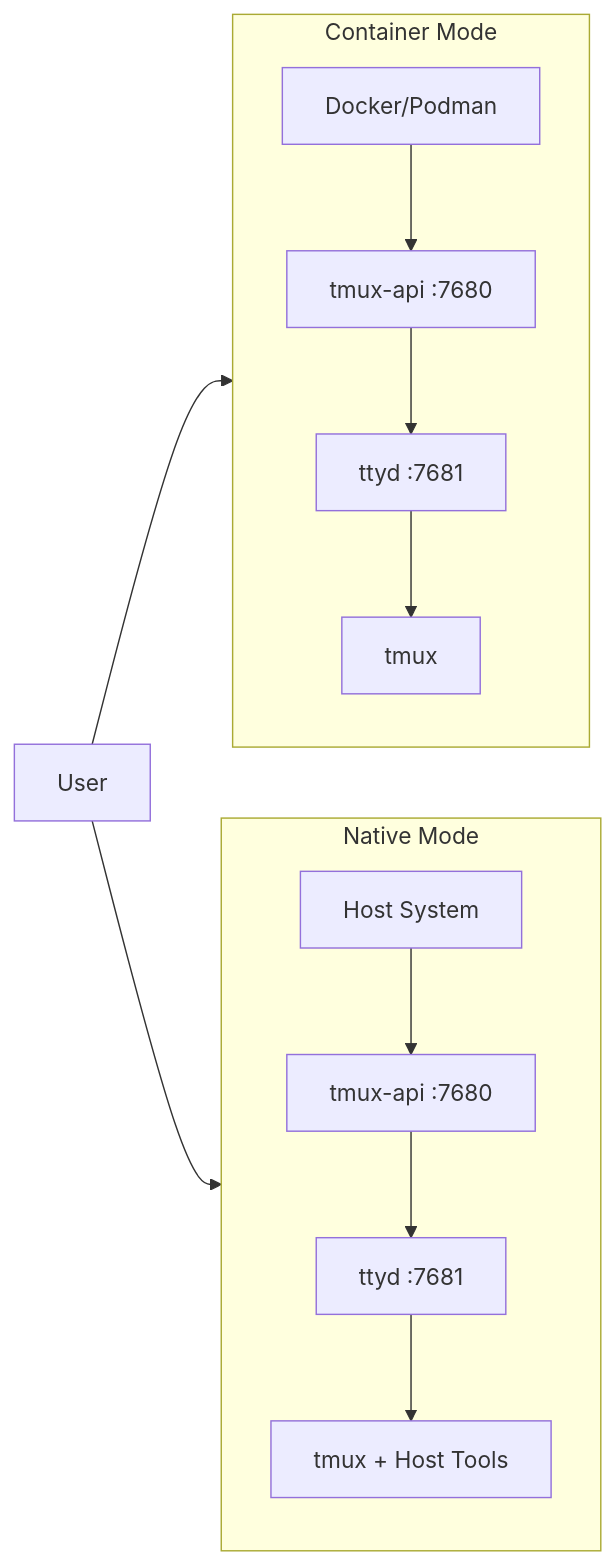
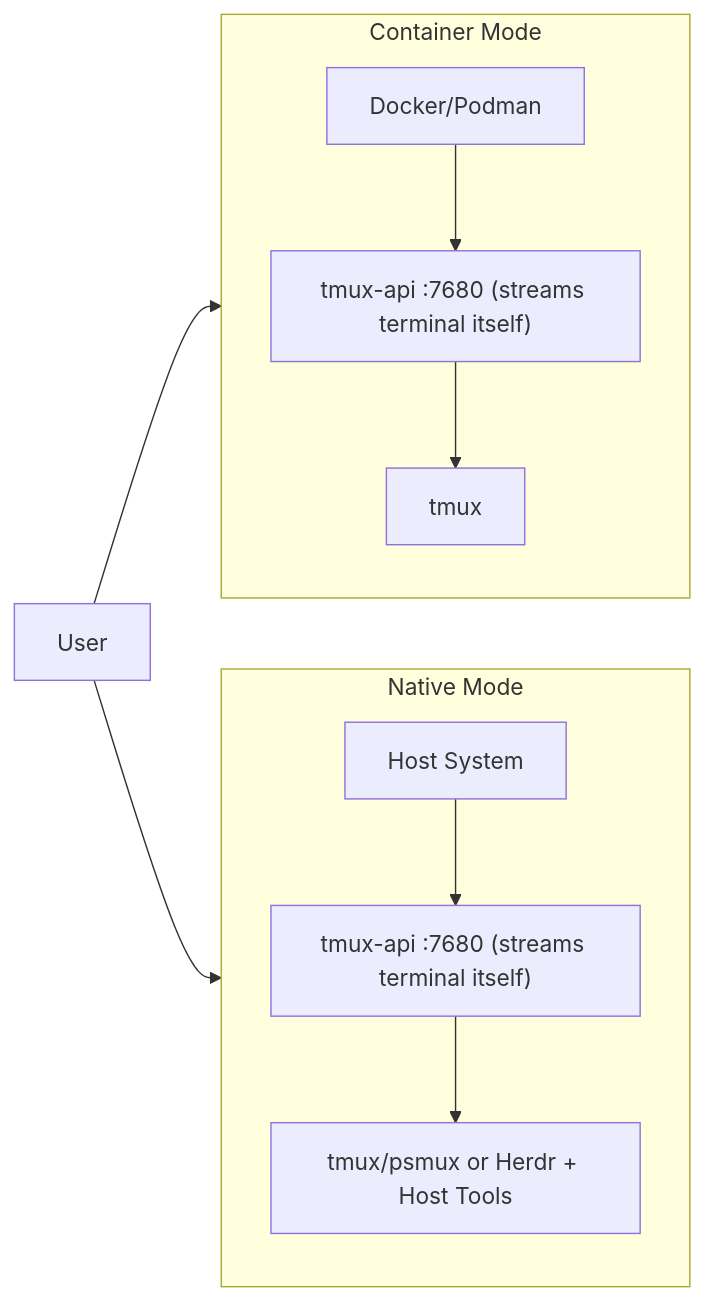
One commit to lamngockhuong/termote changed the second of 2 diagrams in README.md. Above: the diagram before and after it, drawn with Mermaid. The commit also changed other lines of this file and 19 other files, not shown here.

````diff
--- a/README.md
+++ b/README.md
@@ -219,14 +224,14 @@
 ```mermaid
 flowchart LR
     subgraph Container["Container Mode"]
         direction TB
-        C1["Docker/Podman"] --> C2["tmux-api :7680"] --> C3["ttyd :7681"] --> C4["tmux"]
+        C1["Docker/Podman"] --> C2["tmux-api :7680 (streams terminal itself)"] --> C3["tmux"]
     end
 
     subgraph Native["Native Mode"]
         direction TB
-        N1["Host System"] --> N2["tmux-api :7680"] --> N3["ttyd :7681"] --> N4["tmux + Host Tools"]
+        N1["Host System"] --> N2["tmux-api :7680 (streams terminal itself)"] --> N3["tmux/psmux or Herdr + Host Tools"]
     end
 
     User["User"] --> Container & Native
 ```
````
